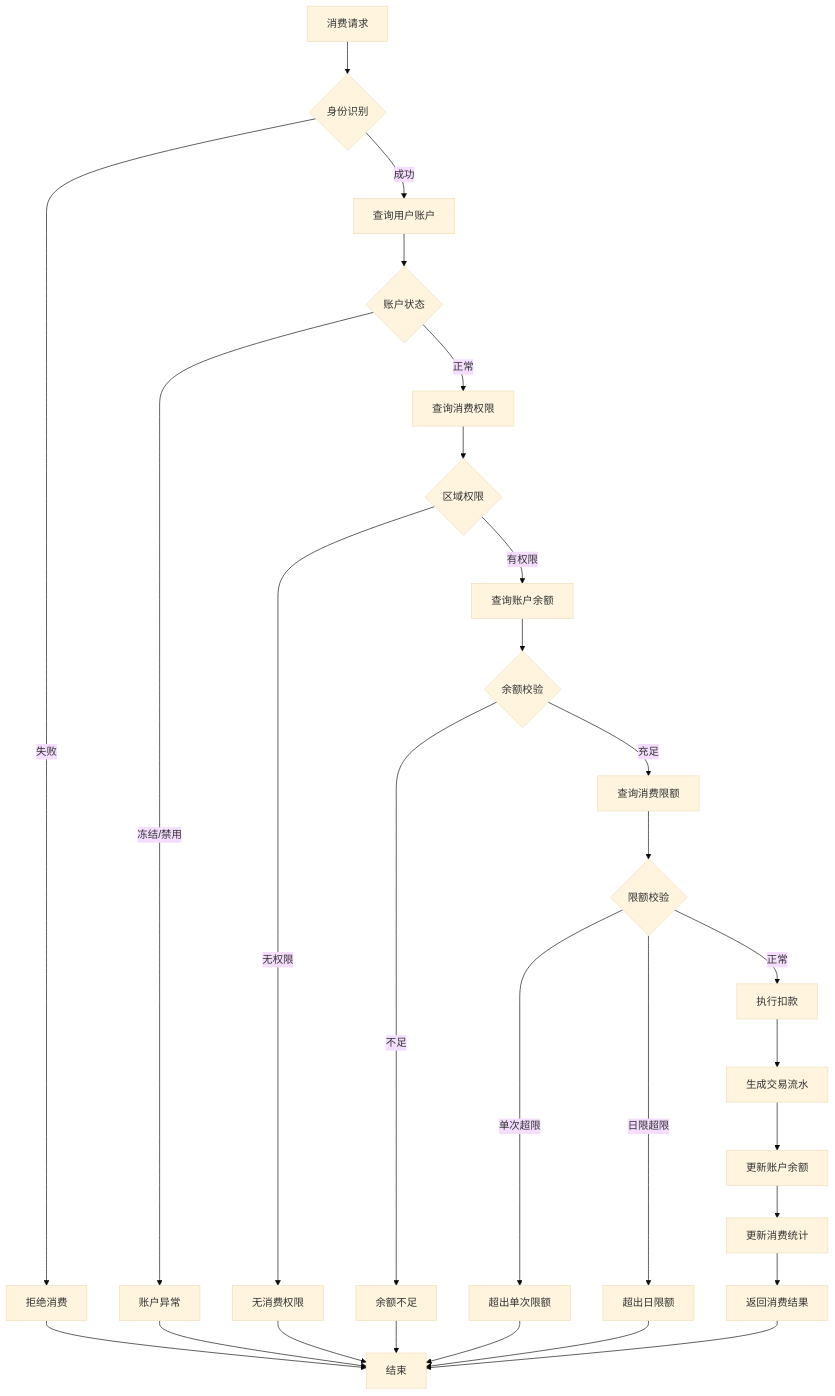
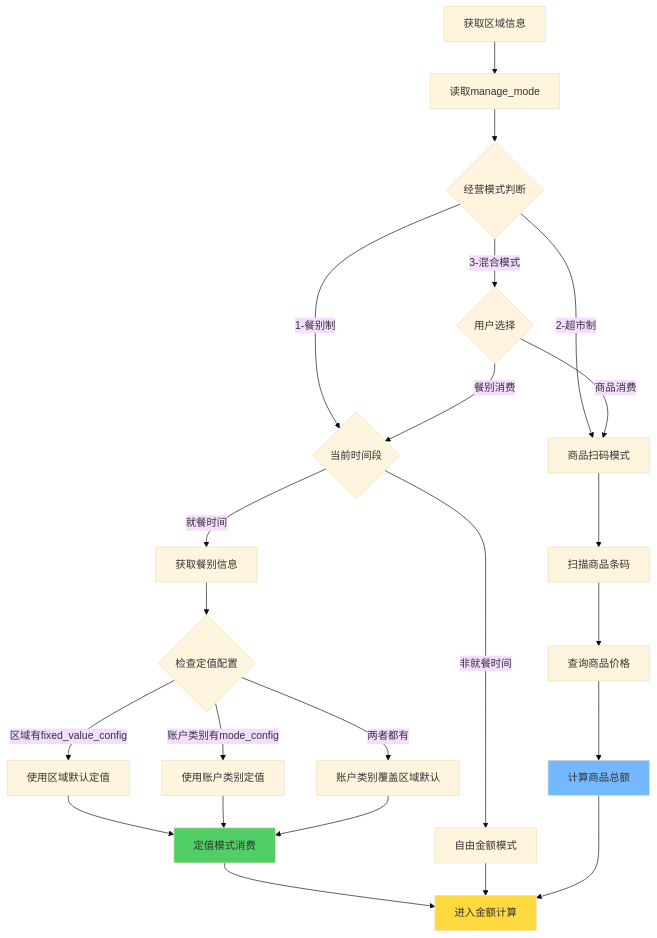
Before and after one commit to wilson323/IOE-DREAMfornew: the second of 6 diagrams in documentation/业务模块/04-消费管理模块/子模块/05-消费处理/业务流程图.md, drawn with Mermaid (base theme). The commit also changed other lines of this file and 19 other files, not shown here.

Commit message:
docs: update architecture documentation with resource optimization strategies, including unified thread pool and multi-level caching design

````diff
--- a/documentation/业务模块/04-消费管理模块/子模块/05-消费处理/业务流程图.md
+++ b/documentation/业务模块/04-消费管理模块/子模块/05-消费处理/业务流程图.md
@@ -10,36 +64,33 @@
 ```mermaid
 flowchart TD
-    A[消费请求] --> B{身份识别}
-    B -->|成功| C[查询用户账户]
-    B -->|失败| Z1[拒绝消费]
+    A[获取区域信息] --> B[读取manage_mode]
+    B --> C{经营模式判断}
     
-    C --> D{账户状态}
-    D -->|正常| E[查询消费权限]
-    D -->|冻结/禁用| Z2[账户异常]
+    C -->|1-餐别制| D{当前时间段}
+    D -->|就餐时间| E[获取餐别信息]
+    E --> F{检查定值配置}
+    F -->|区域有fixed_value_config| G[使用区域默认定值]
+    F -->|账户类别有mode_config| H[使用账户类别定值]
+    F -->|两者都有| I[账户类别覆盖区域默认]
+    G --> J[定值模式消费]
+    H --> J
+    I --> J
+    D -->|非就餐时间| K[自由金额模式]
     
-    E --> F{区域权限}
-    F -->|有权限| G[查询账户余额]
-    F -->|无权限| Z3[无消费权限]
+    C -->|2-超市制| L[商品扫码模式]
+    L --> M[扫描商品条码]
+    M --> N[查询商品价格]
+    N --> O[计算商品总额]
     
-    G --> H{余额校验}
-    H -->|充足| I[查询消费限额]
-    H -->|不足| Z4[余额不足]
+    C -->|3-混合模式| P{用户选择}
+    P -->|餐别消费| D
+    P -->|商品消费| L
     
-    I --> J{限额校验}
-    J -->|单次超限| Z5[超出单次限额]
-    J -->|日限超限| Z6[超出日限额]
-    J -->|正常| K[执行扣款]
+    J --> Q[进入金额计算]
+    K --> Q
+    O --> Q
     
-    K --> L[生成交易流水]
-    L --> M[更新账户余额]
-    M --> N[更新消费统计]
-    N --> O[返回消费结果]
-    
-    Z1 --> END[结束]
-    Z2 --> END
-    Z3 --> END
-    Z4 --> END
-    Z5 --> END
-    Z6 --> END
-    O --> END
+    style J fill:#51cf66
+    style O fill:#74b9ff
+    style Q fill:#ffd93d
 ```
````
